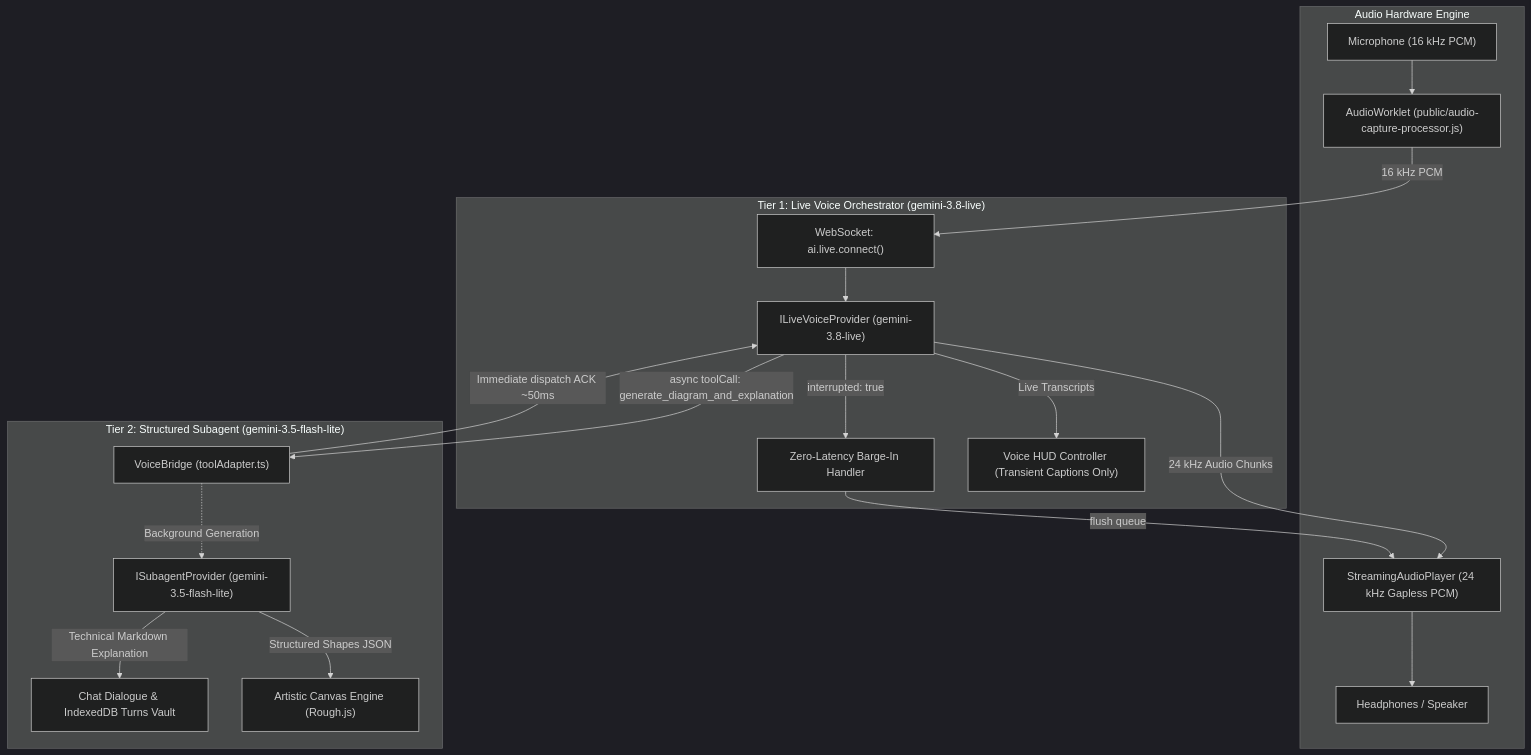
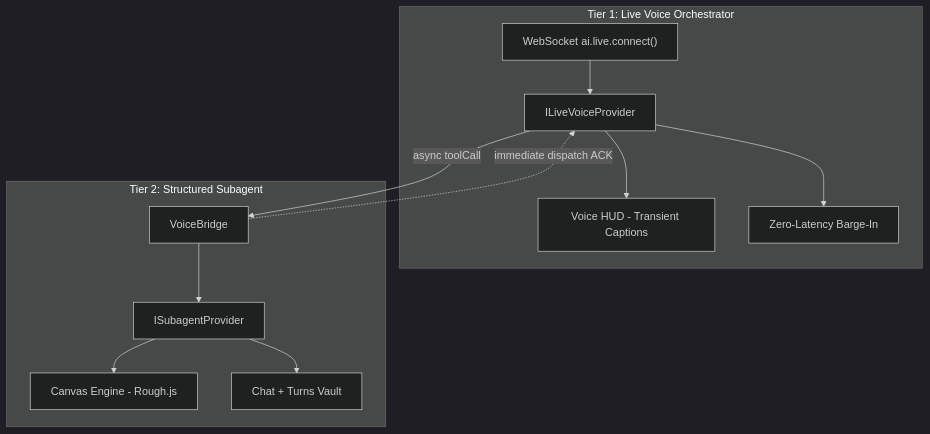
Before and after one commit to AmritSDutta/b_aassistant: the first of 2 diagrams in docs/voice-agent.mdx, drawn with Mermaid (dark theme). The commit also changed other lines of this file and 23 other files, not shown here.

````diff
--- a/docs/voice-agent.mdx
+++ b/docs/voice-agent.mdx
@@ -10,38 +12,23 @@
 ```mermaid
 flowchart TD
-  subgraph AudioHardware["Audio Hardware Engine"]
-    Mic["Microphone (16 kHz PCM)"]
-    Worklet["AudioWorklet (public/audio-capture-processor.js)"]
-    Player["StreamingAudioPlayer (24 kHz Gapless PCM)"]
-    Speaker["Headphones / Speaker"]
-    Mic --> Worklet
-    Player --> Speaker
+  subgraph Tier1["Tier 1: Live Voice Orchestrator"]
+    LiveWS["WebSocket ai.live.connect()"]
+    Orchestrator["ILiveVoiceProvider"]
+    HUD["Voice HUD - Transient Captions"]
+    BargeIn["Zero-Latency Barge-In"]
+    LiveWS --> Orchestrator
+    Orchestrator --> HUD
+    Orchestrator --> BargeIn
   end
-
-  subgraph Tier1["Tier 1: Live Voice Orchestrator (gemini-3.8-live)"]
-    LiveWS["WebSocket: ai.live.connect()"]
-    Orchestrator["ILiveVoiceProvider (gemini-3.8-live)"]
-    HUD["Voice HUD Controller (Transient Captions Only)"]
-    BargeIn["Zero-Latency Barge-In Handler"]
-
-    Worklet -->|16 kHz PCM| LiveWS
-    LiveWS --> Orchestrator
-    Orchestrator -->|24 kHz Audio Chunks| Player
-    Orchestrator -->|Live Transcripts| HUD
-    Orchestrator -->|interrupted: true| BargeIn
-    BargeIn -->|flush queue| Player
+  subgraph Tier2["Tier 2: Structured Subagent"]
+    Bridge["VoiceBridge"]
+    Subagent["ISubagentProvider"]
+    Canvas["Canvas Engine - Rough.js"]
+    Chat["Chat + Turns Vault"]
+    Bridge --> Subagent
+    Subagent --> Canvas
+    Subagent --> Chat
   end
-
-  subgraph Tier2["Tier 2: Structured Subagent (gemini-3.5-flash-lite)"]
-    Bridge["VoiceBridge (toolAdapter.ts)"]
-    Subagent["ISubagentProvider (gemini-3.5-flash-lite)"]
-    Canvas["Artistic Canvas Engine (Rough.js)"]
-    Chat["Chat Dialogue & IndexedDB Turns Vault"]
-
-    Orchestrator -->|async toolCall: generate_diagram_and_explanation| Bridge
-    Bridge -->|Immediate dispatch ACK ~50ms| Orchestrator
-    Bridge -.->|Background Generation| Subagent
-    Subagent -->|Structured Shapes JSON| Canvas
-    Subagent -->|Technical Markdown Explanation| Chat
-  end
+  Orchestrator -->|"async toolCall"| Bridge
+  Bridge -.->|"immediate dispatch ACK"| Orchestrator
 ```
````
